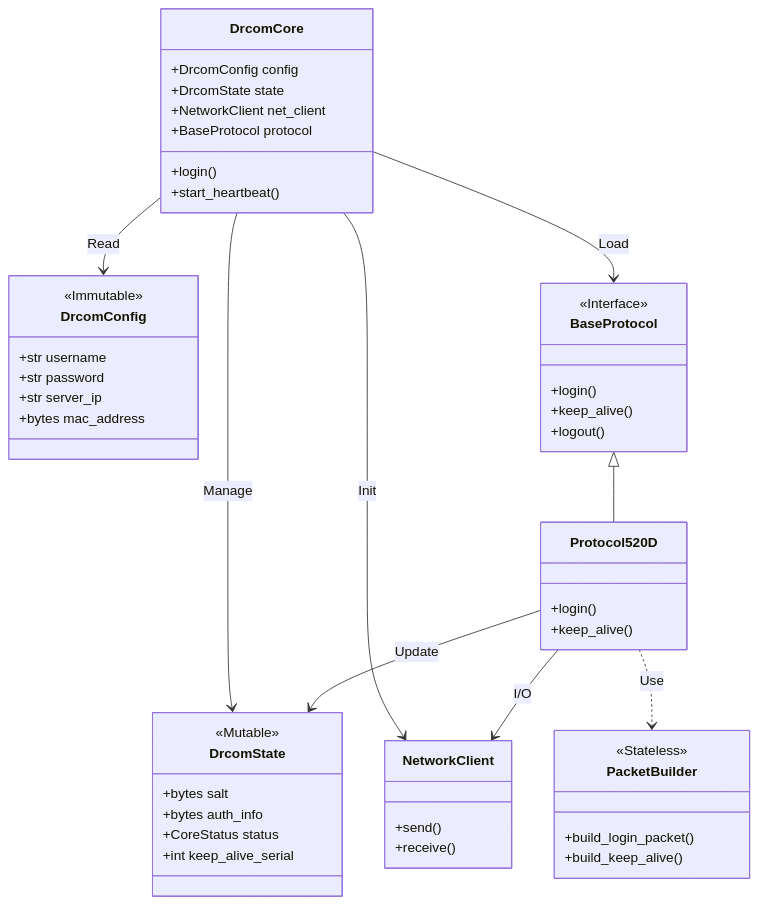
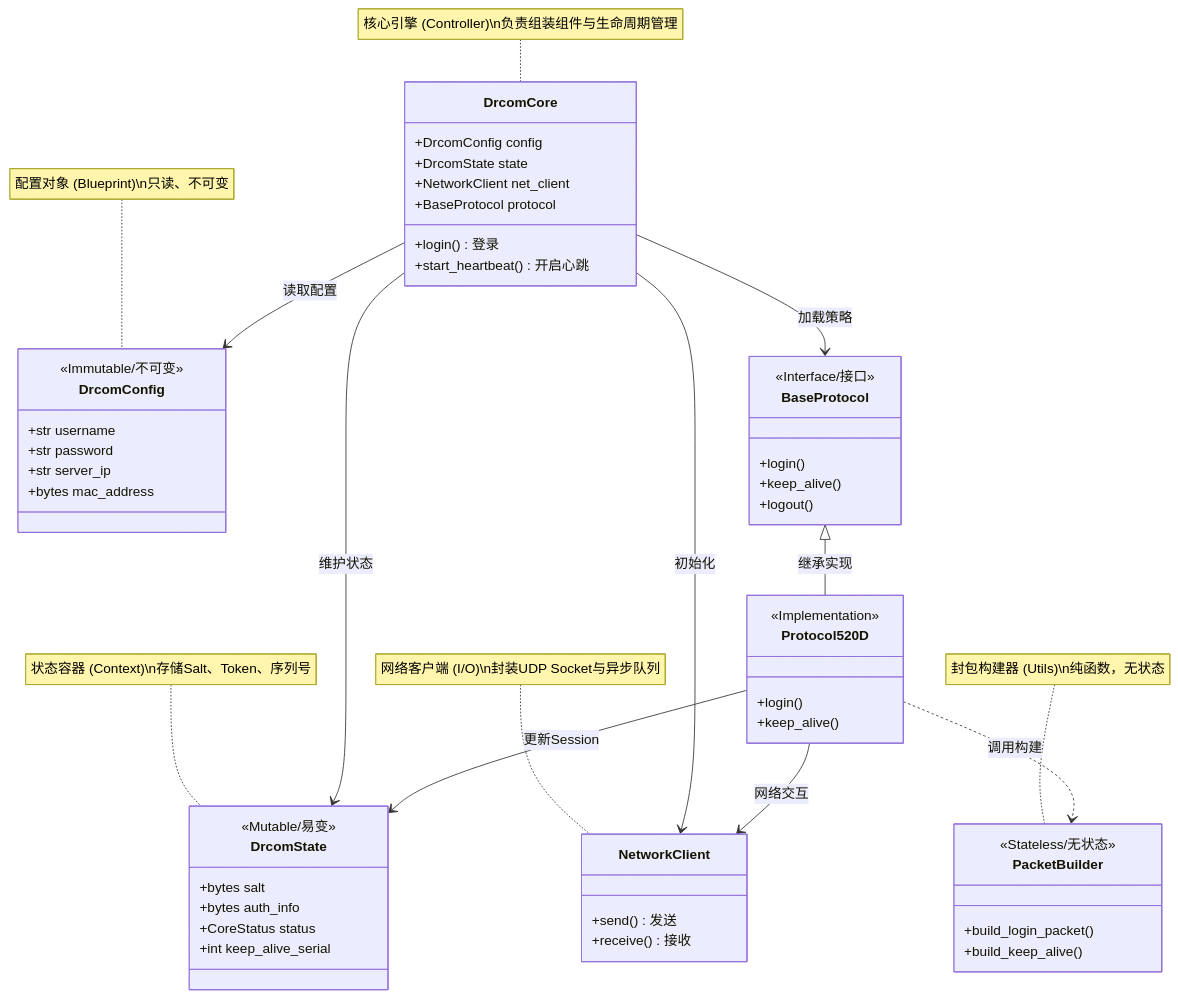
Before and after one commit to CaelestisAstesia/Drcom-Core: the second of 3 diagrams in README.md, drawn with Mermaid.

````diff
--- a/README.md
+++ b/README.md
@@ -143,59 +143,71 @@
 ```mermaid
 classDiagram
+    %% --- 核心层 ---
+    note for DrcomCore "核心引擎 (Controller)\n负责组装组件与生命周期管理"
     class DrcomCore {
         +DrcomConfig config
         +DrcomState state
         +NetworkClient net_client
         +BaseProtocol protocol
-        +login()
-        +start_heartbeat()
+        +login() 登录
+        +start_heartbeat() 开启心跳
     }
 
+    %% --- 数据层 ---
+    note for DrcomConfig "配置对象 (Blueprint)\n只读、不可变"
     class DrcomConfig {
-        <<Immutable>>
+        <<Immutable/不可变>>
         +str username
         +str password
         +str server_ip
         +bytes mac_address
     }
 
+    note for DrcomState "状态容器 (Context)\n存储Salt、Token、序列号"
     class DrcomState {
-        <<Mutable>>
+        <<Mutable/易变>>
         +bytes salt
         +bytes auth_info
         +CoreStatus status
         +int keep_alive_serial
     }
 
+    %% --- 网络层 ---
+    note for NetworkClient "网络客户端 (I/O)\n封装UDP Socket与异步队列"
     class NetworkClient {
-        +send()
-        +receive()
+        +send() 发送
+        +receive() 接收
     }
 
+    %% --- 策略层 ---
     class BaseProtocol {
-        <<Interface>>
+        <<Interface/接口>>
         +login()
         +keep_alive()
         +logout()
     }
 
     class Protocol520D {
+        <<Implementation>>
         +login()
         +keep_alive()
     }
 
+    note for PacketBuilder "封包构建器 (Utils)\n纯函数，无状态"
     class PacketBuilder {
-        <<Stateless>>
+        <<Stateless/无状态>>
         +build_login_packet()
         +build_keep_alive()
     }
 
-    DrcomCore --> DrcomConfig : Read
-    DrcomCore --> DrcomState : Manage
-    DrcomCore --> NetworkClient : Init
-    DrcomCore --> BaseProtocol : Load
-    BaseProtocol <|-- Protocol520D
-    Protocol520D ..> PacketBuilder : Use
-    Protocol520D --> NetworkClient : I/O
-    Protocol520D --> DrcomState : Update
+    %% --- 关系定义 ---
+    DrcomCore --> DrcomConfig : 读取配置
+    DrcomCore --> DrcomState : 维护状态
+    DrcomCore --> NetworkClient : 初始化
+    DrcomCore --> BaseProtocol : 加载策略
+
+    BaseProtocol <|-- Protocol520D : 继承实现
+    Protocol520D ..> PacketBuilder : 调用构建
+    Protocol520D --> NetworkClient : 网络交互
+    Protocol520D --> DrcomState : 更新Session
 ```
````
